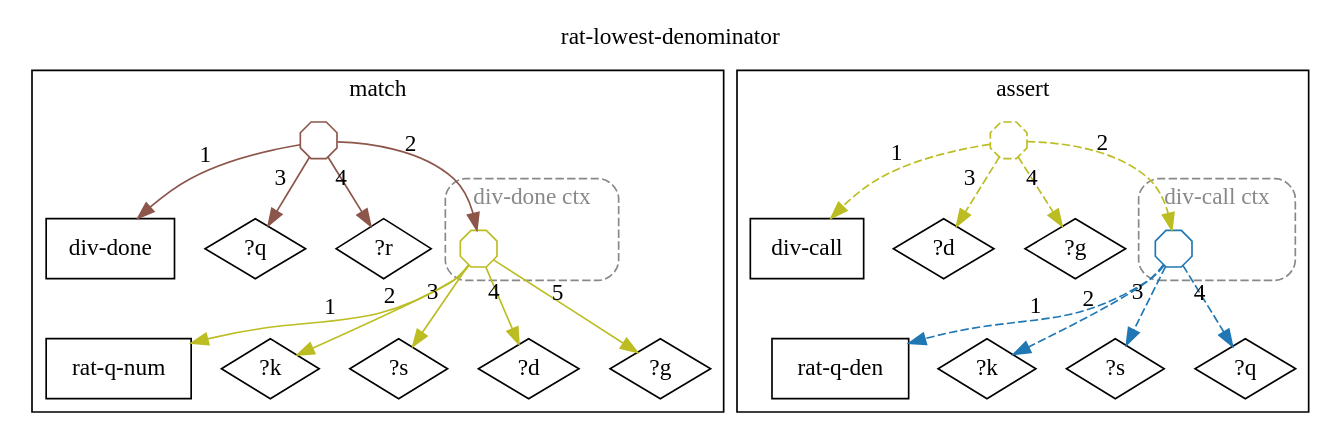
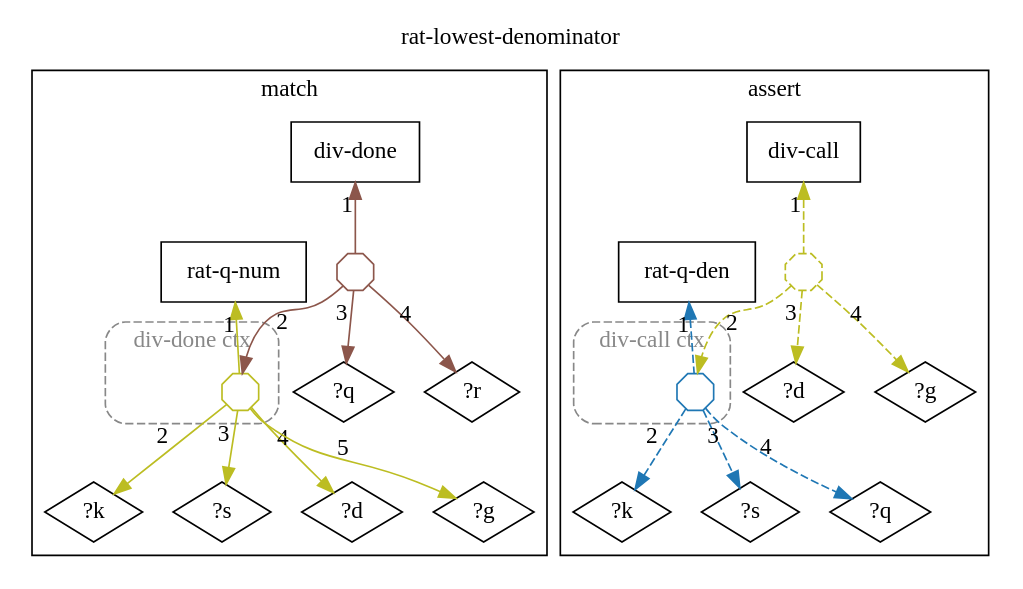
The diagram in docs/ein/user/04-reference/04-stdlib/diagrams/13-std.math.rat.rat-lowest-denominator.dot (agutikov/ein), drawn with Graphviz before and after one commit. The commit also changed 1275 other files, not shown here.

```diff
--- a/docs/ein/user/04-reference/04-stdlib/diagrams/13-std.math.rat.rat-lowest-denominator.dot
+++ b/docs/ein/user/04-reference/04-stdlib/diagrams/13-std.math.rat.rat-lowest-denominator.dot
@@ -1,50 +1,50 @@
 digraph rule_rat_lowest_denominator_lhs_rhs {
   rankdir=TB;
   label="rat-lowest-denominator"; labelloc=t;
   subgraph cluster_lhs { label="match";
     "div-done_L" [label="div-done", shape=box];
     "rat-q-num_L" [label="rat-q-num", shape=box];
     "?k_L" [label="?k", shape=diamond];
     "?s_L" [label="?s", shape=diamond];
     "?d_L" [label="?d", shape=diamond];
     "?g_L" [label="?g", shape=diamond];
     "?q_L" [label="?q", shape=diamond];
     "?r_L" [label="?r", shape=diamond];
     subgraph cluster_ctx_L_0 {
       label="div-done ctx"; style="dashed,rounded"; color="#888888"; fontcolor="#888888";
       "(rat-q-num ?k ?s ?d ?g)_L" [shape=octagon, label="", width=0.3, height=0.3, fixedsize=true, color="#bcbd22"];
     }
     "h1_div-done_L" [shape=octagon, label="", width=0.3, height=0.3, fixedsize=true, color="#8c564b"];
-    "h1_div-done_L" -> "div-done_L" [xlabel="1", color="#8c564b"];
+    "div-done_L" -> "h1_div-done_L" [xlabel="1", dir=back, color="#8c564b"];
     "h1_div-done_L" -> "(rat-q-num ?k ?s ?d ?g)_L" [xlabel="2", color="#8c564b"];
     "h1_div-done_L" -> "?q_L" [xlabel="3", color="#8c564b"];
     "h1_div-done_L" -> "?r_L" [xlabel="4", color="#8c564b"];
-    "(rat-q-num ?k ?s ?d ?g)_L" -> "rat-q-num_L" [xlabel="1", color="#bcbd22"];
+    "rat-q-num_L" -> "(rat-q-num ?k ?s ?d ?g)_L" [xlabel="1", dir=back, color="#bcbd22"];
     "(rat-q-num ?k ?s ?d ?g)_L" -> "?k_L" [xlabel="2", color="#bcbd22"];
     "(rat-q-num ?k ?s ?d ?g)_L" -> "?s_L" [xlabel="3", color="#bcbd22"];
     "(rat-q-num ?k ?s ?d ?g)_L" -> "?d_L" [xlabel="4", color="#bcbd22"];
     "(rat-q-num ?k ?s ?d ?g)_L" -> "?g_L" [xlabel="5", color="#bcbd22"];
   }
   subgraph cluster_rhs { label="assert";
     "div-call_R" [label="div-call", shape=box];
     "rat-q-den_R" [label="rat-q-den", shape=box];
     "?k_R" [label="?k", shape=diamond];
     "?s_R" [label="?s", shape=diamond];
     "?q_R" [label="?q", shape=diamond];
     "?d_R" [label="?d", shape=diamond];
     "?g_R" [label="?g", shape=diamond];
     subgraph cluster_ctx_R_0 {
       label="div-call ctx"; style="dashed,rounded"; color="#888888"; fontcolor="#888888";
       "(rat-q-den ?k ?s ?q)_R" [shape=octagon, label="", width=0.3, height=0.3, fixedsize=true, color="#1f77b4"];
     }
     "h2_div-call_R" [shape=octagon, label="", width=0.3, height=0.3, fixedsize=true, color="#bcbd22", style=dashed];
-    "h2_div-call_R" -> "div-call_R" [xlabel="1", color="#bcbd22", style=dashed];
+    "div-call_R" -> "h2_div-call_R" [xlabel="1", dir=back, color="#bcbd22", style=dashed];
     "h2_div-call_R" -> "(rat-q-den ?k ?s ?q)_R" [xlabel="2", color="#bcbd22", style=dashed];
     "h2_div-call_R" -> "?d_R" [xlabel="3", color="#bcbd22", style=dashed];
     "h2_div-call_R" -> "?g_R" [xlabel="4", color="#bcbd22", style=dashed];
-    "(rat-q-den ?k ?s ?q)_R" -> "rat-q-den_R" [xlabel="1", color="#1f77b4", style=dashed];
+    "rat-q-den_R" -> "(rat-q-den ?k ?s ?q)_R" [xlabel="1", dir=back, color="#1f77b4", style=dashed];
     "(rat-q-den ?k ?s ?q)_R" -> "?k_R" [xlabel="2", color="#1f77b4", style=dashed];
     "(rat-q-den ?k ?s ?q)_R" -> "?s_R" [xlabel="3", color="#1f77b4", style=dashed];
     "(rat-q-den ?k ?s ?q)_R" -> "?q_R" [xlabel="4", color="#1f77b4", style=dashed];
   }
 }
```
